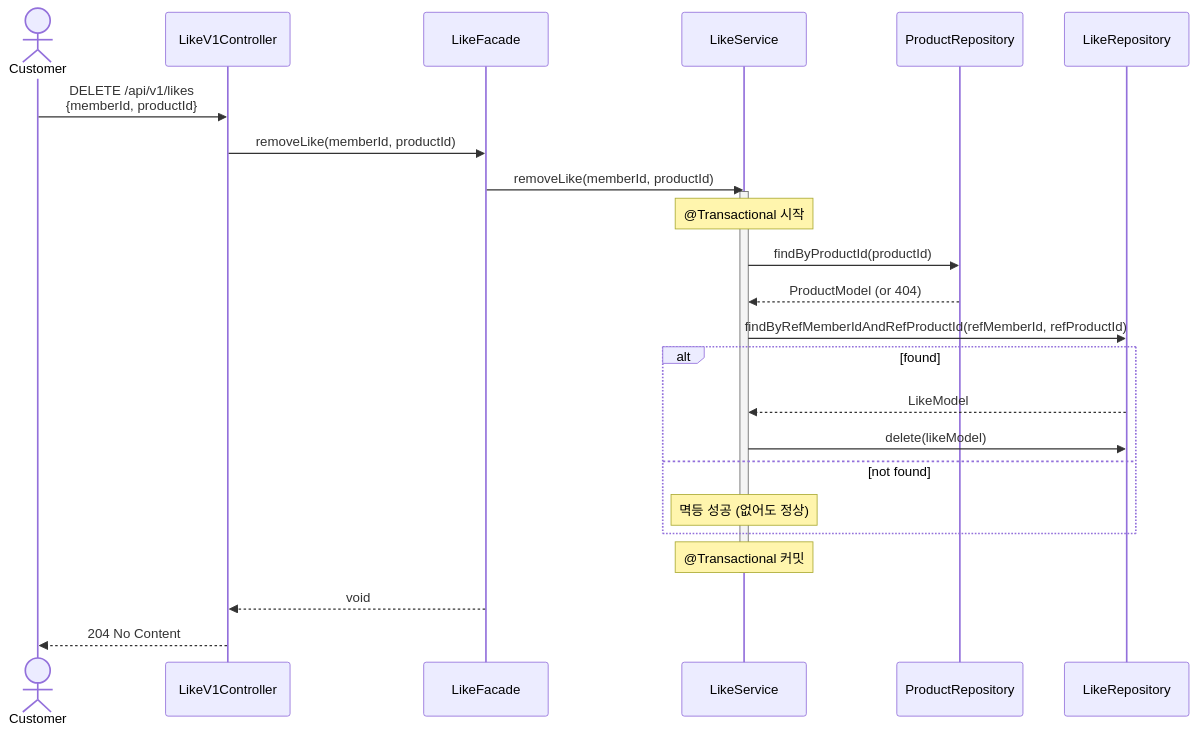
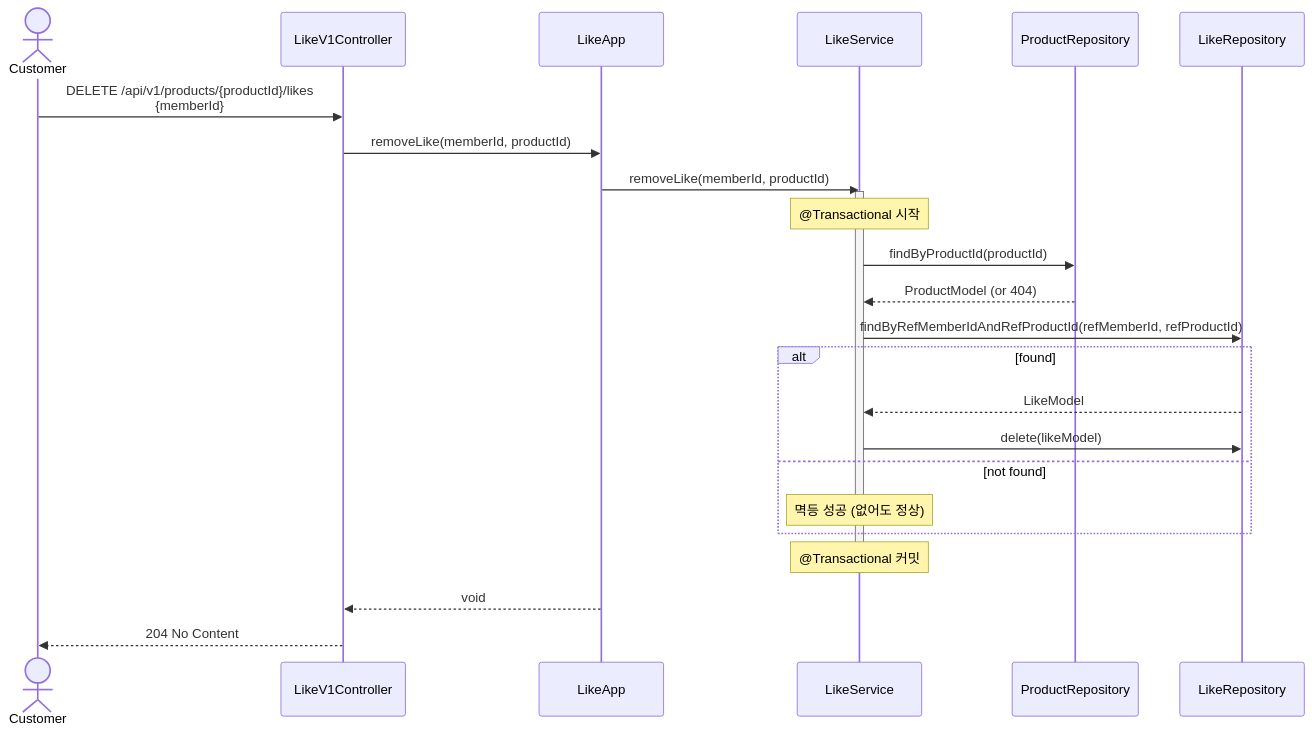
One commit to YoHanKi/loop-pack-be-l2-vol3-java changed the fourth of 6 diagrams in docs/design/02-sequence-diagrams.md. Above: the diagram before and after it, drawn with Mermaid. The commit also changed other lines of this file and 31 other files, not shown here.

````diff
--- a/docs/design/02-sequence-diagrams.md
+++ b/docs/design/02-sequence-diagrams.md
@@ -219,35 +255,33 @@
 ```mermaid
 sequenceDiagram
     actor Customer
     participant Controller as LikeV1Controller
-    participant LikeFacade as LikeFacade
+    participant LikeApp as LikeApp
     participant LikeService as LikeService
     participant ProductRepo as ProductRepository
     participant LikeRepo as LikeRepository
 
-    Customer->>Controller: DELETE /api/v1/likes<br/>{memberId, productId}
-    Controller->>LikeFacade: removeLike(memberId, productId)
-    LikeFacade->>LikeService: removeLike(memberId, productId)
+    Customer->>Controller: DELETE /api/v1/products/{productId}/likes<br/>{memberId}
+    Controller->>LikeApp: removeLike(memberId, productId)
+    LikeApp->>LikeService: removeLike(memberId, productId)
 
     activate LikeService
     Note over LikeService: @Transactional 시작
 
-    %% 상품 존재 확인
     LikeService->>ProductRepo: findByProductId(productId)
     ProductRepo-->>LikeService: ProductModel (or 404)
 
-    %% 좋아요 조회 후 삭제 (멱등성 - 없어도 성공)
     LikeService->>LikeRepo: findByRefMemberIdAndRefProductId(refMemberId, refProductId)
     alt found
         LikeRepo-->>LikeService: LikeModel
         LikeService->>LikeRepo: delete(likeModel)
     else not found
         Note over LikeService: 멱등 성공 (없어도 정상)
     end
 
     Note over LikeService: @Transactional 커밋
     deactivate LikeService
 
-    LikeFacade-->>Controller: void
+    LikeApp-->>Controller: void
     Controller-->>Customer: 204 No Content
 ```
````
